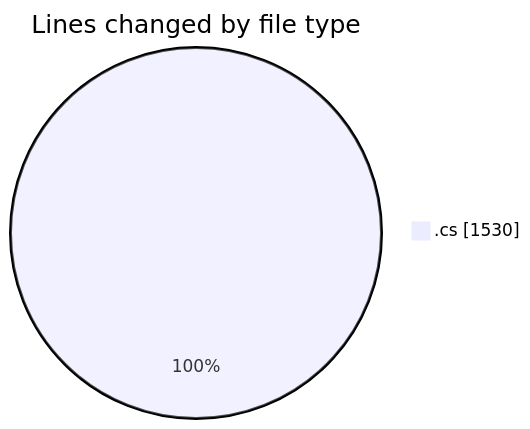
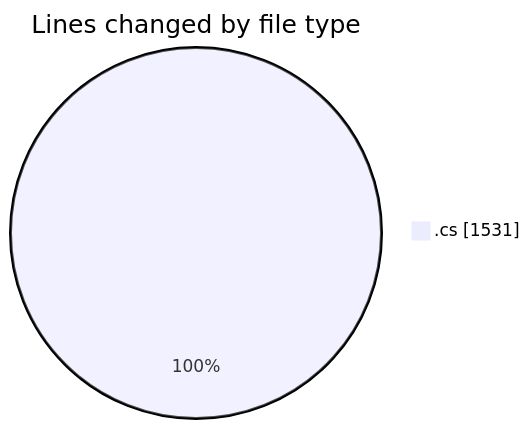
One commit to Netris89/code-tracking changed the first of 2 diagrams in 2025-03-26/back-end/README.md. Above: the diagram before and after it, drawn with Mermaid. The commit also changed other lines of this file and 1 other file, not shown here.

````diff
--- a/2025-03-26/back-end/README.md
+++ b/2025-03-26/back-end/README.md
@@ -32,5 +32,5 @@
 ```mermaid
 pie showData
 title Lines changed by file type
-".cs" : 1530
+".cs" : 1531
 ```
````
